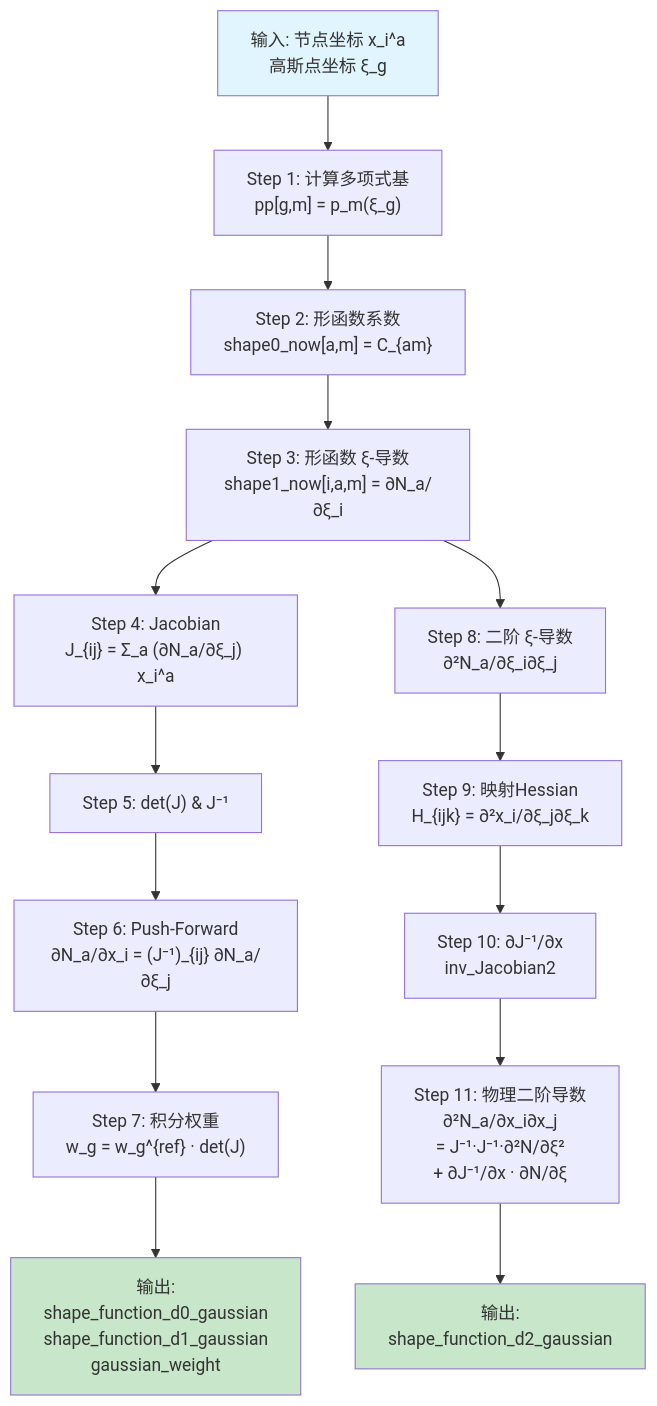
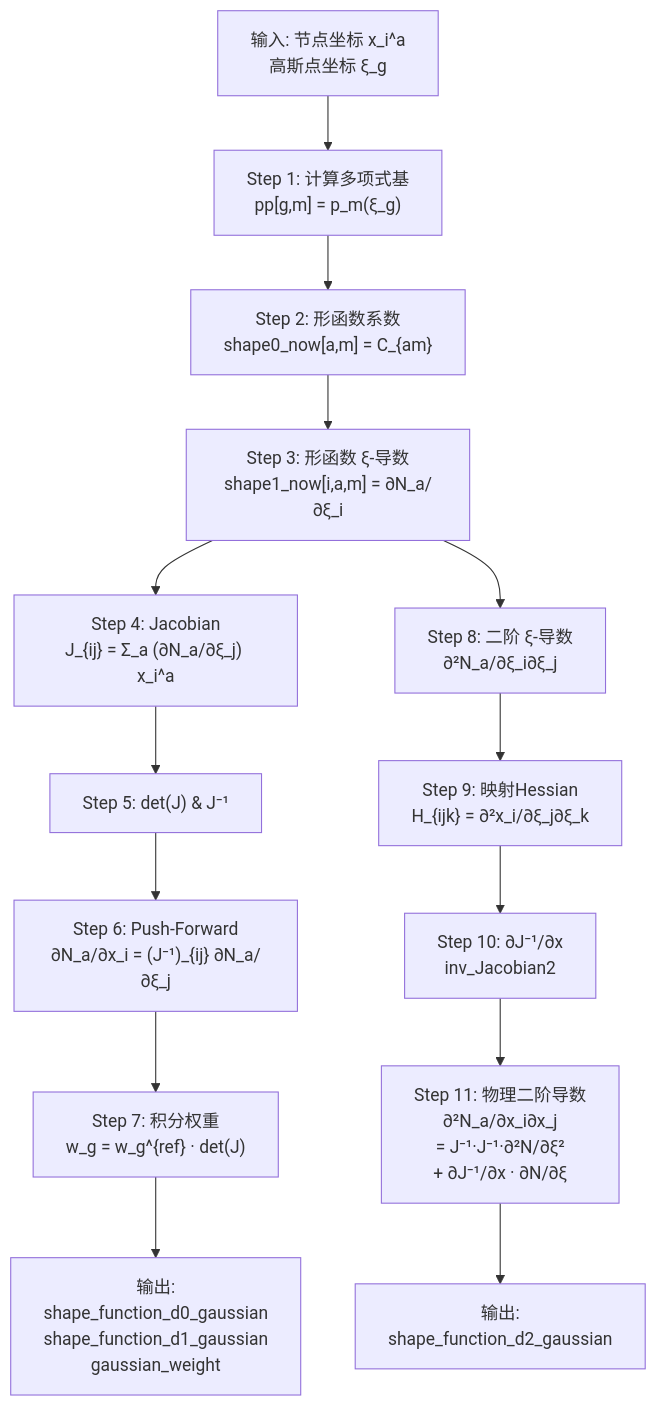
One commit to sssnnn7119/FEA changed the second of 2 diagrams in docs/elements/isoparametric_and_quadrature_CHN.md. Above: the diagram before and after it, drawn with Mermaid. The commit also changed other lines of this file and 59 other files, not shown here.

````diff
--- a/docs/elements/isoparametric_and_quadrature_CHN.md
+++ b/docs/elements/isoparametric_and_quadrature_CHN.md
@@ -417,21 +422,18 @@
 ```mermaid
-flowchart TD
+graph TD
     A["输入: 节点坐标 x_i^a<br/>高斯点坐标 ξ_g"] --> B["Step 1: 计算多项式基<br/>pp[g,m] = p_m(ξ_g)"]
     B --> C["Step 2: 形函数系数<br/>shape0_now[a,m] = C_{am}"]
     C --> D["Step 3: 形函数 ξ-导数<br/>shape1_now[i,a,m] = ∂N_a/∂ξ_i"]
     D --> E["Step 4: Jacobian<br/>J_{ij} = Σ_a (∂N_a/∂ξ_j) x_i^a"]
     E --> F["Step 5: det(J) & J⁻¹"]
     F --> G["Step 6: Push-Forward<br/>∂N_a/∂x_i = (J⁻¹)_{ij} ∂N_a/∂ξ_j"]
     G --> H["Step 7: 积分权重<br/>w_g = w_g^{ref} · det(J)"]
     H --> I["输出:<br/>shape_function_d0_gaussian<br/>shape_function_d1_gaussian<br/>gaussian_weight"]
 
     D --> J["Step 8: 二阶 ξ-导数<br/>∂²N_a/∂ξ_i∂ξ_j"]
     J --> K["Step 9: 映射Hessian<br/>H_{ijk} = ∂²x_i/∂ξ_j∂ξ_k"]
     K --> L["Step 10: ∂J⁻¹/∂x<br/>inv_Jacobian2"]
     L --> M["Step 11: 物理二阶导数<br/>∂²N_a/∂x_i∂x_j<br/>= J⁻¹·J⁻¹·∂²N/∂ξ²<br/>+ ∂J⁻¹/∂x · ∂N/∂ξ"]
     M --> N["输出:<br/>shape_function_d2_gaussian"]
 
-    style A fill:#e1f5fe
-    style I fill:#c8e6c9
-    style N fill:#c8e6c9
 ```
````
